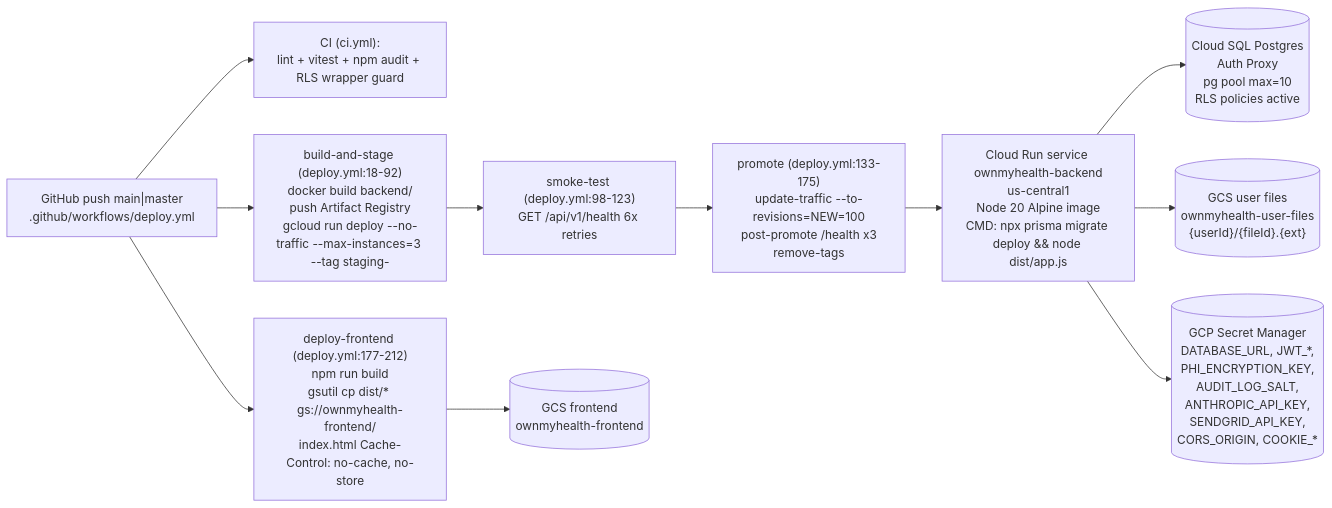
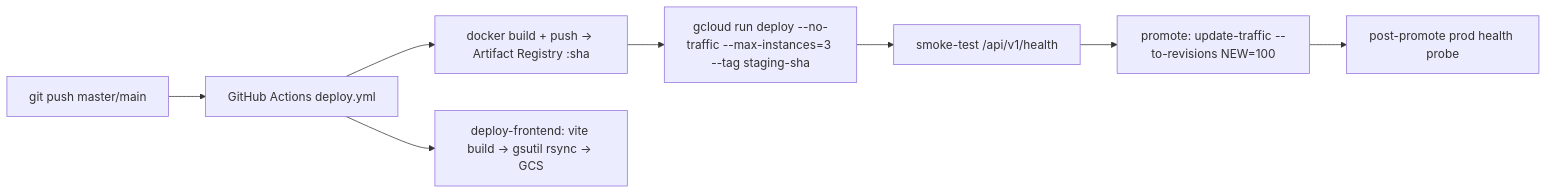
One commit to breilly1296/OwnMyHealth-Claude changed the tenth of 10 diagrams in New Project Documents/ARCHITECTURE.md. Above: the diagram before and after it, drawn with Mermaid. The commit also changed other lines of this file and 57 other files, not shown here.

````diff
--- a/New Project Documents/ARCHITECTURE.md
+++ b/New Project Documents/ARCHITECTURE.md
@@ -616,21 +631,10 @@
 ```mermaid
 flowchart LR
-  GH["GitHub push main|master<br/>.github/workflows/deploy.yml"]
-  CI["CI (ci.yml):<br/>lint + vitest + npm audit + RLS wrapper guard"]
-  BAS["build-and-stage (deploy.yml:18-92)<br/>docker build backend/<br/>push Artifact Registry<br/>gcloud run deploy --no-traffic --max-instances=3 --tag staging-<sha>"]
-  ST["smoke-test (deploy.yml:98-123)<br/>GET /api/v1/health 6x retries"]
-  PR["promote (deploy.yml:133-175)<br/>update-traffic --to-revisions=NEW=100<br/>post-promote /health x3<br/>remove-tags"]
-  FE["deploy-frontend (deploy.yml:177-212)<br/>npm run build<br/>gsutil cp dist/* gs://ownmyhealth-frontend/<br/>index.html Cache-Control: no-cache, no-store"]
-  CR["Cloud Run service ownmyhealth-backend<br/>us-central1<br/>Node 20 Alpine image<br/>CMD: npx prisma migrate deploy && node dist/app.js"]
-  CSQL[("Cloud SQL Postgres<br/>Auth Proxy<br/>pg pool max=10<br/>RLS policies active")]
-  GCSUF[("GCS user files<br/>ownmyhealth-user-files<br/>{userId}/{fileId}.{ext}")]
-  GCSFE[("GCS frontend<br/>ownmyhealth-frontend")]
-  SM[("GCP Secret Manager<br/>DATABASE_URL, JWT_*,<br/>PHI_ENCRYPTION_KEY,<br/>AUDIT_LOG_SALT,<br/>ANTHROPIC_API_KEY,<br/>SENDGRID_API_KEY,<br/>CORS_ORIGIN, COOKIE_*")]
-
-  GH --> CI
-  GH --> BAS --> ST --> PR --> CR
-  GH --> FE --> GCSFE
-  CR --> CSQL
-  CR --> GCSUF
-  CR --> SM
+  A[git push master/main] --> B[GitHub Actions deploy.yml]
+  B --> C[docker build + push → Artifact Registry :sha]
+  C --> D[gcloud run deploy --no-traffic --max-instances=3 --tag staging-sha]
+  D --> E[smoke-test /api/v1/health]
+  E --> F[promote: update-traffic --to-revisions NEW=100]
+  F --> G[post-promote prod health probe]
+  B --> H[deploy-frontend: vite build → gsutil rsync → GCS]
 ```
````
